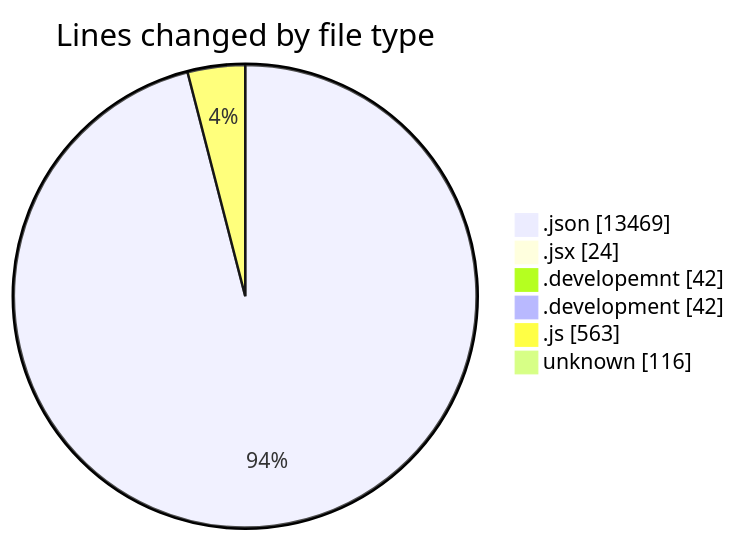
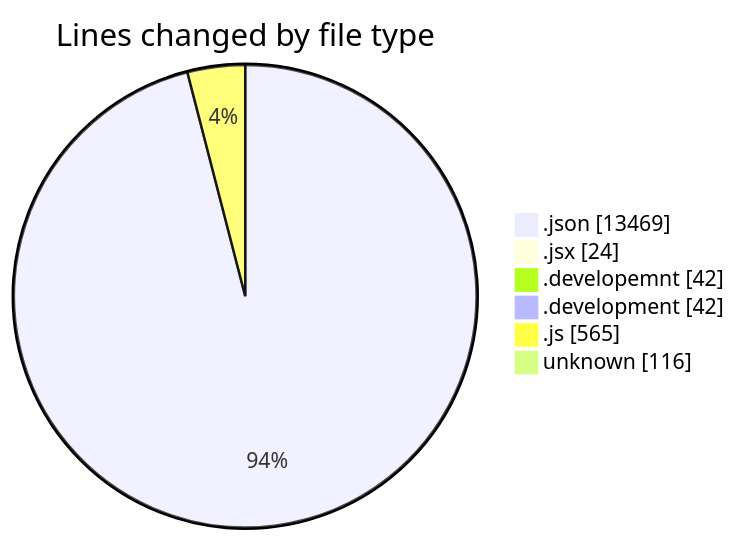
One commit to nxtqubesakshisongat/code-tracking changed the first of 2 diagrams in 2025-10-30/nxtqube_webapp/README.md. Above: the diagram before and after it, drawn with Mermaid. The commit also changed other lines of this file and 1 other file, not shown here.

````diff
--- a/2025-10-30/nxtqube_webapp/README.md
+++ b/2025-10-30/nxtqube_webapp/README.md
@@ -27,10 +27,10 @@
 ```mermaid
 pie showData
 title Lines changed by file type
 ".json" : 13469
 ".jsx" : 24
 ".developemnt" : 42
 ".development" : 42
-".js" : 563
+".js" : 565
 "unknown" : 116
 ```
````
